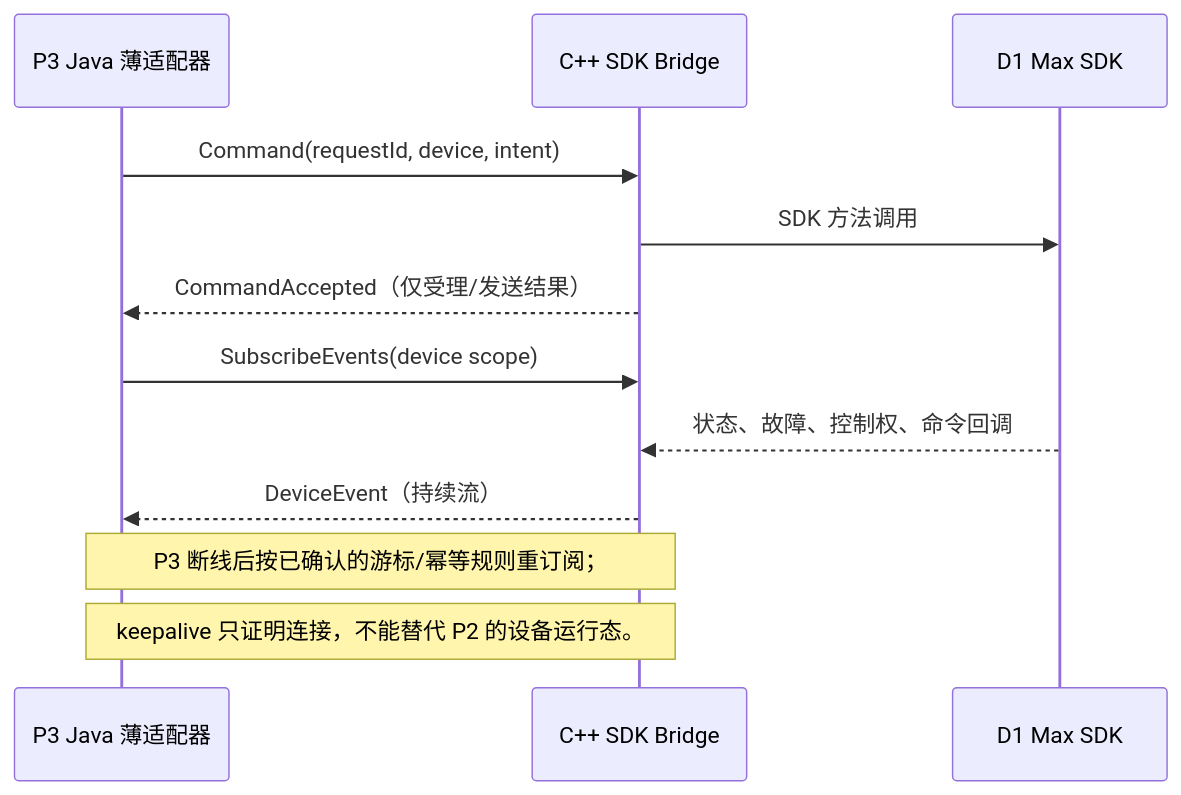
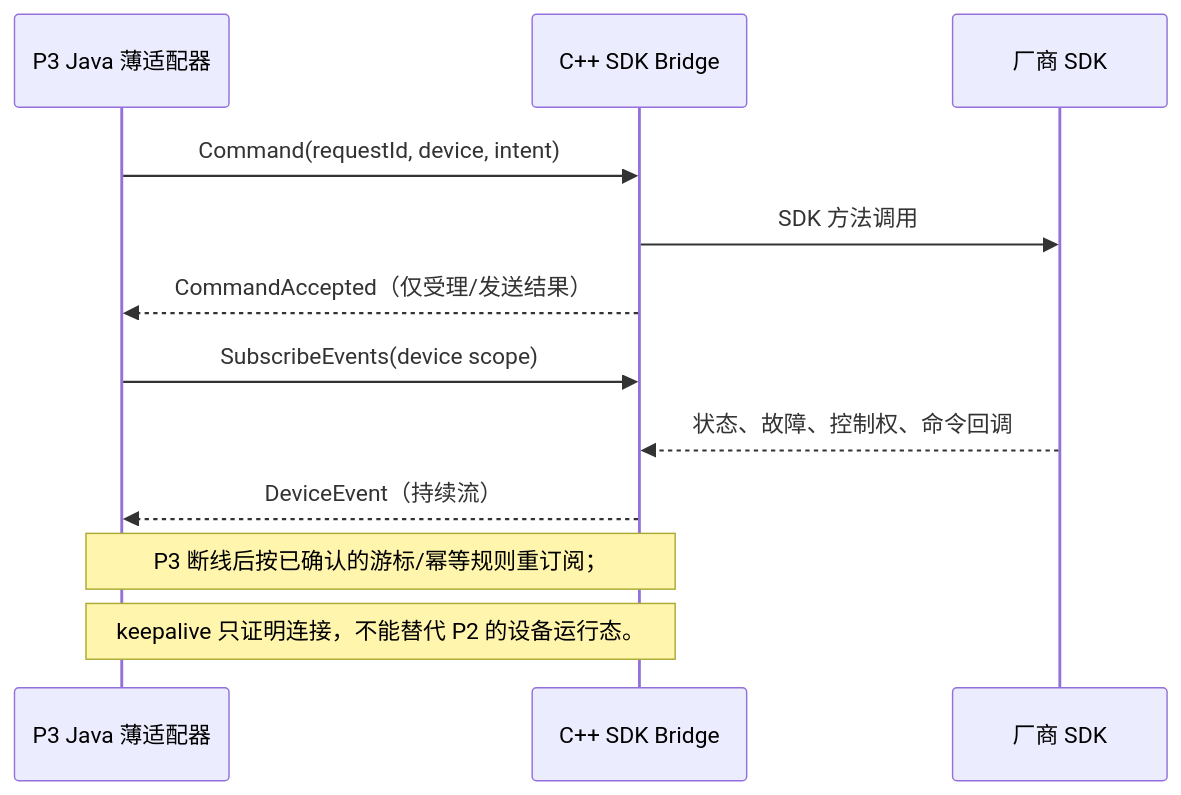
One commit to cnxutu/tu-devkit changed the diagram in ai-guidance/products/company/device-inspection-platform/context/domain/grpc-edge-bridge-selection.md. Above: the diagram before and after it, drawn with Mermaid. The commit also changed other lines of this file and 6 other files, not shown here.

````diff
--- a/ai-guidance/products/company/device-inspection-platform/context/domain/grpc-edge-bridge-selection.md
+++ b/ai-guidance/products/company/device-inspection-platform/context/domain/grpc-edge-bridge-selection.md
@@ -52,15 +52,15 @@
 ```mermaid
 sequenceDiagram
     participant P3 as P3 Java 薄适配器
     participant B as C++ SDK Bridge
-    participant D as D1 Max SDK
+    participant D as 厂商 SDK
 
     P3->>B: Command(requestId, device, intent)
     B->>D: SDK 方法调用
     B-->>P3: CommandAccepted（仅受理/发送结果）
     P3->>B: SubscribeEvents(device scope)
     D-->>B: 状态、故障、控制权、命令回调
     B-->>P3: DeviceEvent（持续流）
     Note over P3,B: P3 断线后按已确认的游标/幂等规则重订阅；
     Note over P3,B: keepalive 只证明连接，不能替代 P2 的设备运行态。
 ```
````
